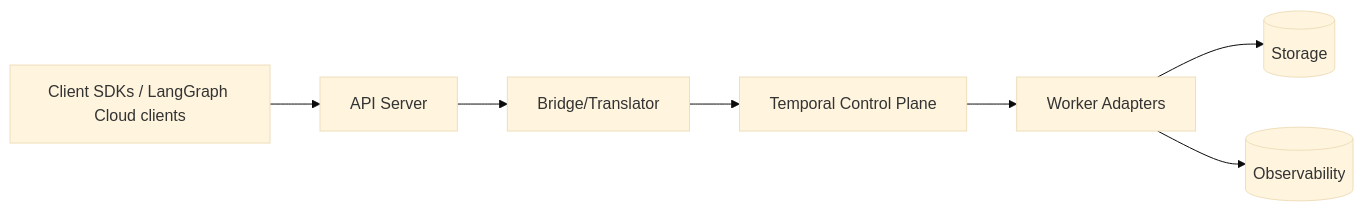
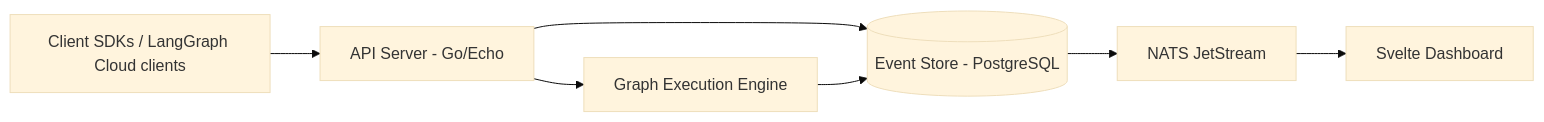
The diagram in README.md (Duragraph/duragraph), drawn with Mermaid (base theme) before and after one commit. The commit also changed other lines of this file and 3 other files, not shown here.

````diff
--- a/README.md
+++ b/README.md
@@ -20,14 +55,16 @@
 ```mermaid
 flowchart LR
   client["Client SDKs / LangGraph Cloud clients"]
-  api[API Server]
-  bridge[Bridge/Translator]
-  temporal[Temporal Control Plane]
-  workers[Worker Adapters]
-  storage[(Storage)]
-  observability[(Observability)]
+  api[API Server - Go/Echo]
+  eventstore[(Event Store - PostgreSQL)]
+  nats[NATS JetStream]
+  engine[Graph Execution Engine]
+  dashboard[Svelte Dashboard]
 
-  client --> api --> bridge --> temporal --> workers
-  workers --> storage
-  workers --> observability
+  client --> api
+  api --> eventstore
+  api --> engine
+  eventstore --> nats
+  nats --> dashboard
+  engine --> eventstore
 ```
````
